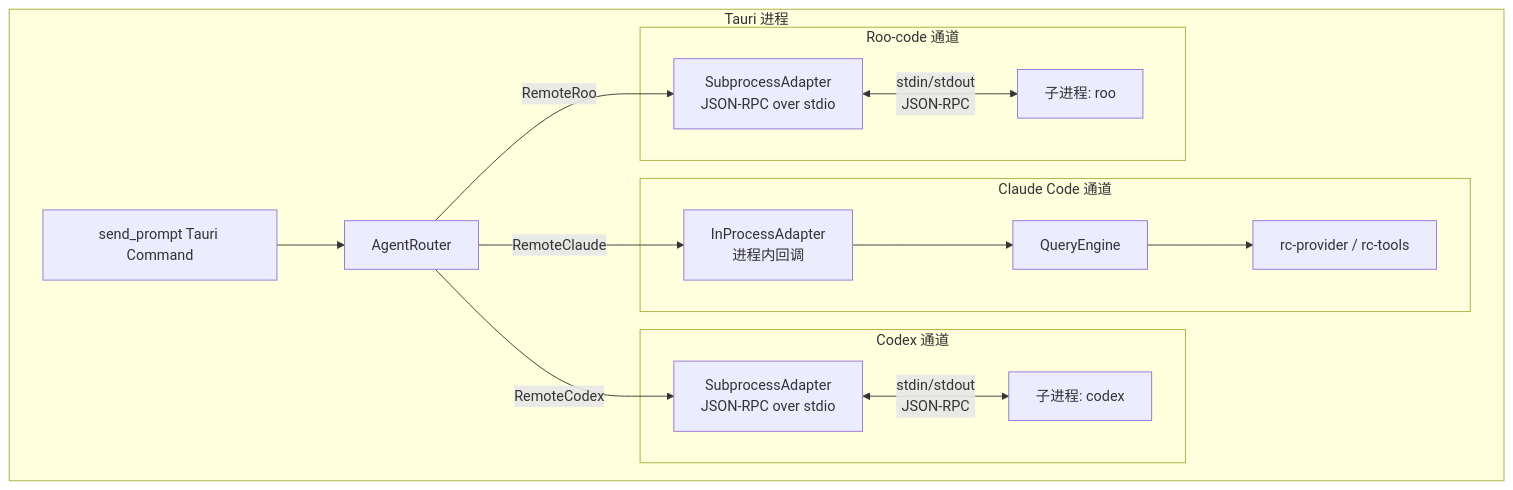
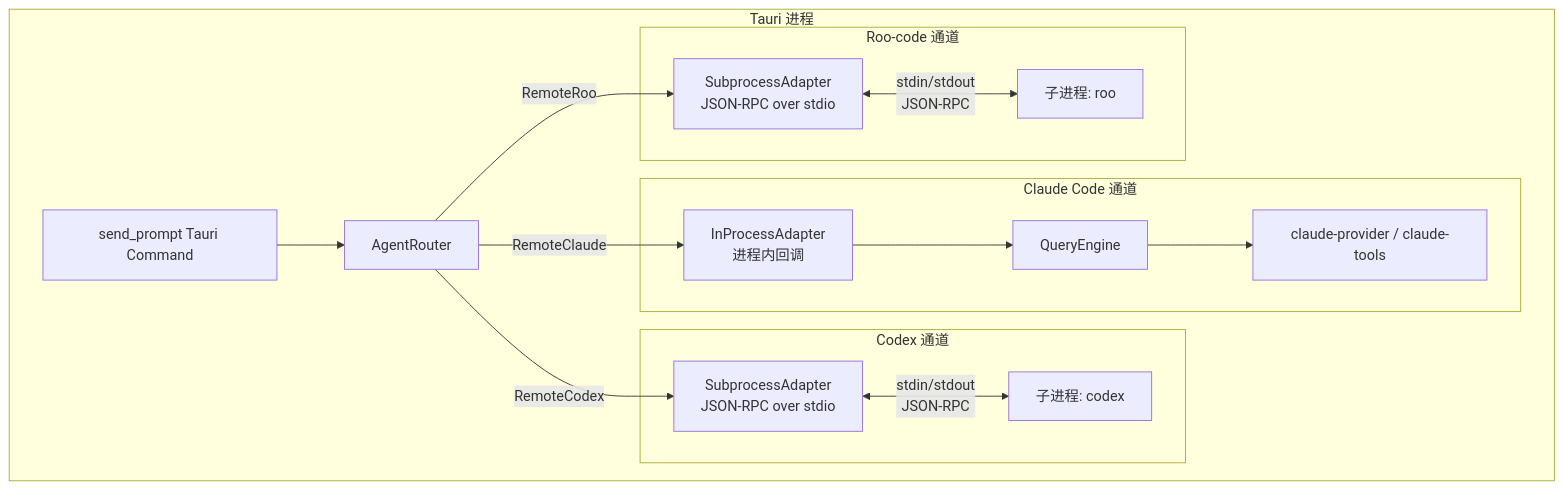
One commit to yanzhi0922/remote-code-rust changed the third of 6 diagrams in plans/archive/three-agent-integration.md. Above: the diagram before and after it, drawn with Mermaid. The commit also changed other lines of this file and 904 other files, not shown here.

````diff
--- a/plans/archive/three-agent-integration.md
+++ b/plans/archive/three-agent-integration.md
@@ -275,32 +275,32 @@
 ```mermaid
 graph TB
     subgraph Tauri 进程
         GUI[send_prompt Tauri Command]
         ROUTER[AgentRouter]
 
         subgraph Claude Code 通道
             INPROC[InProcessAdapter<br/>进程内回调]
             QE[QueryEngine]
-            RC[rc-provider / rc-tools]
+            RC[claude-provider / claude-tools]
         end
 
         subgraph Codex 通道
             SUB1[SubprocessAdapter<br/>JSON-RPC over stdio]
             PROC1[子进程: codex]
         end
 
         subgraph Roo-code 通道
             SUB2[SubprocessAdapter<br/>JSON-RPC over stdio]
             PROC2[子进程: roo]
         end
     end
 
     GUI --> ROUTER
     ROUTER -->|RemoteClaude| INPROC
     ROUTER -->|RemoteCodex| SUB1
     ROUTER -->|RemoteRoo| SUB2
 
     INPROC --> QE --> RC
     SUB1 <-->|stdin/stdout<br/>JSON-RPC| PROC1
     SUB2 <-->|stdin/stdout<br/>JSON-RPC| PROC2
 ```
````
